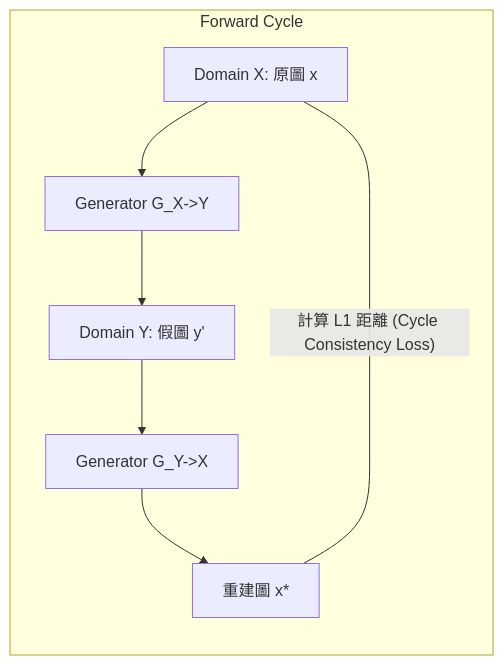
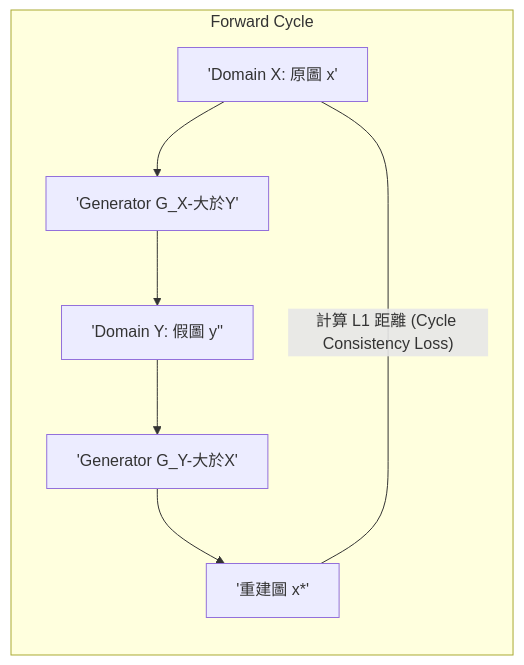
Before and after one commit to leo02311/ml2021-notes: the third of 4 diagrams in content/ml2021_video24_notes.md, drawn with Mermaid. The commit also changed other lines of this file and 19 other files, not shown here.

Commit message:
fix: resolve mermaid syntax errors in generated notes

````diff
--- a/content/ml2021_video24_notes.md
+++ b/content/ml2021_video24_notes.md
@@ -188,10 +188,10 @@
 ```mermaid
 graph LR
     subgraph "Forward Cycle"
-    x["Domain X: 原圖 x"] --> G_XY["Generator G_X->Y"]
-    G_XY --> y_fake["Domain Y: 假圖 y'"]
-    y_fake --> G_YX["Generator G_Y->X"]
-    G_YX --> x_recon["重建圖 x*"]
+    x['Domain X: 原圖 x'] --> G_XY['Generator G_X-大於Y']
+    G_XY --> y_fake['Domain Y: 假圖 y'']
+    y_fake --> G_YX['Generator G_Y-大於X']
+    G_YX --> x_recon['重建圖 x*']
     end
     x_recon -- "計算 L1 距離 (Cycle Consistency Loss)" --- x
 ```
````
